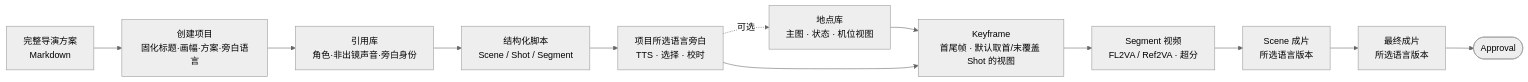
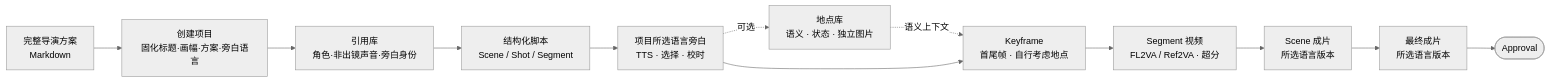
The diagram in docs/product.md (LJXLJXLJX/StoryRail), drawn with Mermaid (neutral theme) before and after one commit. The commit also changed other lines of this file and 173 other files, not shown here.

````diff
--- a/docs/product.md
+++ b/docs/product.md
@@ -14,14 +14,14 @@
 ```mermaid
 flowchart LR
     plan[完整导演方案<br/>Markdown] --> project[创建项目<br/>固化标题·画幅·方案·旁白语言]
     project --> refs[引用库<br/>角色·非出镜声音·旁白身份]
     refs --> script[结构化脚本<br/>Scene / Shot / Segment]
     script --> narration[项目所选语言旁白<br/>TTS · 选择 · 校时]
-    narration -.可选.-> loc[地点库<br/>主图 · 状态 · 机位视图]
-    loc --> kf[Keyframe<br/>首尾帧 · 默认取首/末覆盖 Shot 的视图]
+    narration -.可选.-> loc[地点库<br/>语义 · 状态 · 独立图片]
+    loc -.语义上下文.-> kf[Keyframe<br/>首尾帧 · 自行考虑地点]
     narration --> kf
     kf --> video[Segment 视频<br/>FL2VA / Ref2VA · 超分]
     video --> scenefinal[Scene 成片<br/>所选语言版本]
     scenefinal --> final[最终成片<br/>所选语言版本]
     final --> approval([Approval])
 ```
````
